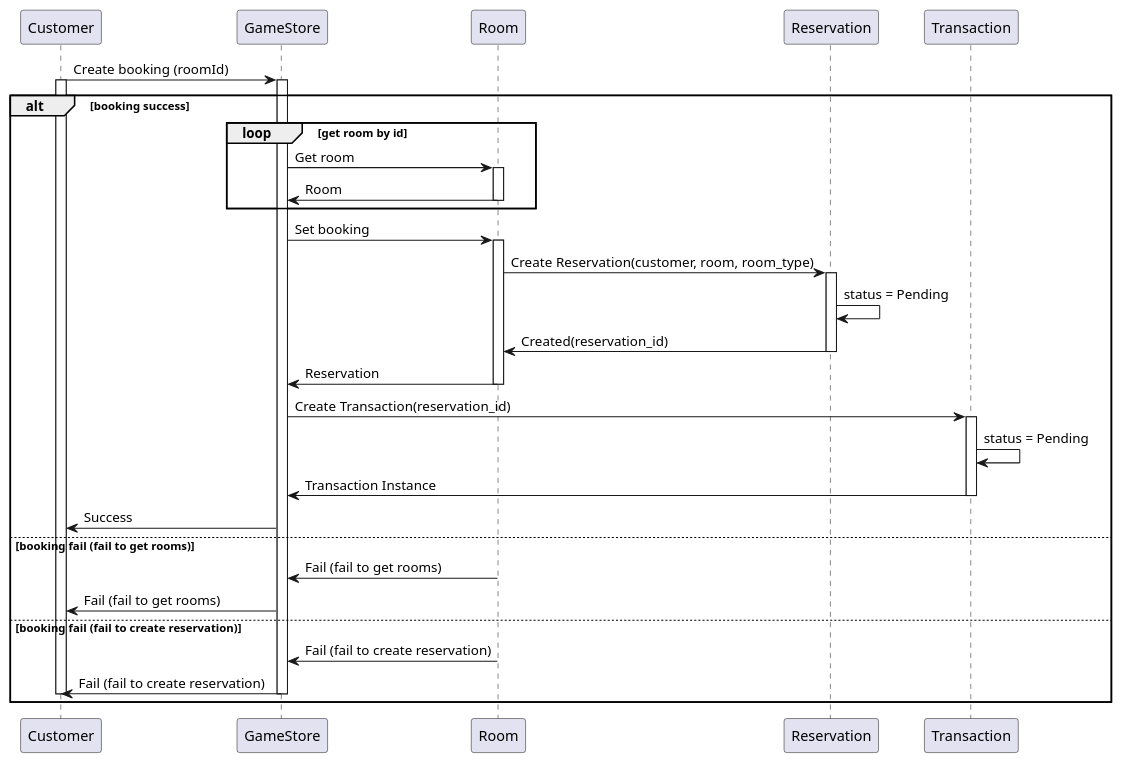
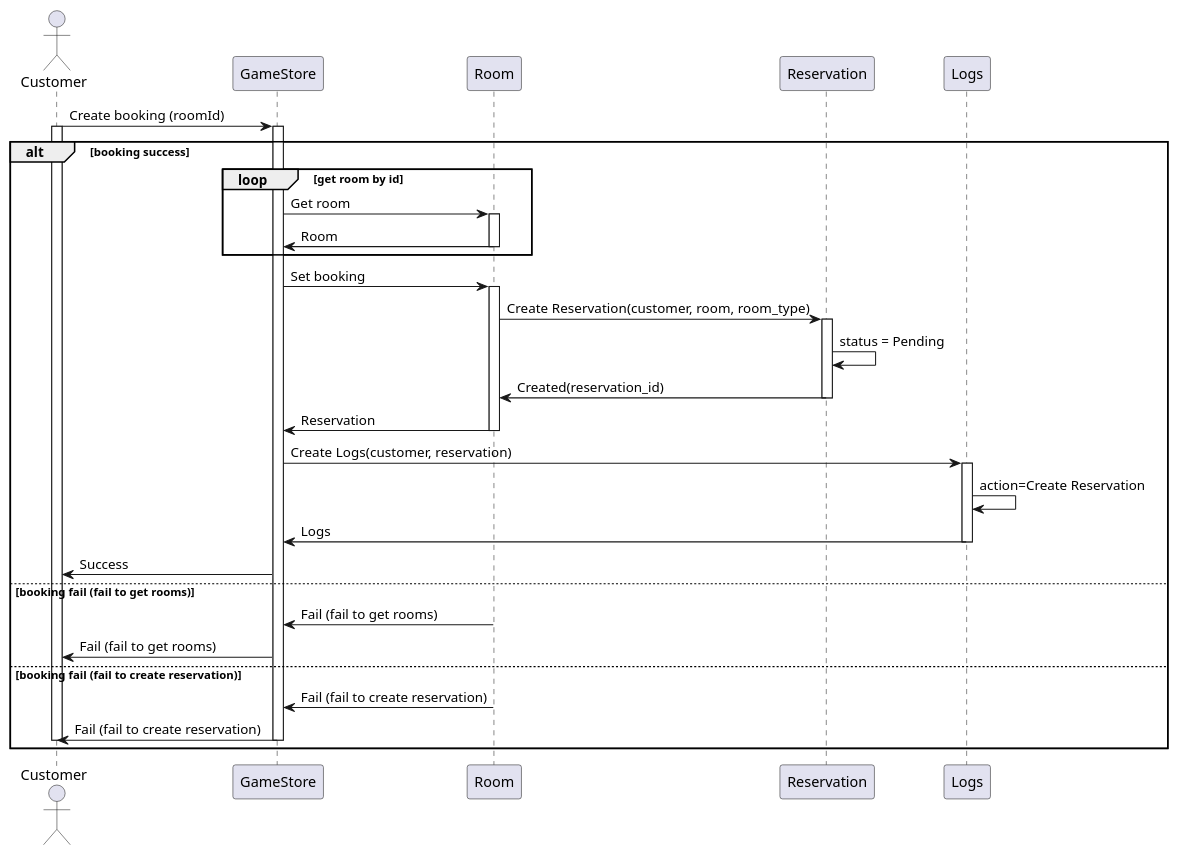
Before and after one commit to WaroonRagwongsiri/OOP: the diagram in Lab #8 sequence diagram/diagram/booking.puml, drawn with PlantUML. The commit also changed 4 other files, not shown here.

```diff
--- a/Lab #8 sequence diagram/diagram/booking.puml
+++ b/Lab #8 sequence diagram/diagram/booking.puml
@@ -1,54 +1,56 @@
 @startuml UsecaseSequenceDiagram
+
+actor Customer
 
 Customer -> GameStore : Create booking (roomId)
 activate Customer
 activate GameStore
 
 alt booking success
 
 	loop get room by id
 
 		GameStore -> Room : Get room
 		activate Room
 
 		Room -> GameStore : Room
 		deactivate Room
 
 	end
 
 	GameStore -> Room : Set booking
 	activate Room
 
 	Room -> Reservation : Create Reservation(customer, room, room_type)
 	activate Reservation
 	Reservation -> Reservation : status = Pending
 	Reservation -> Room : Created(reservation_id)
 	deactivate Reservation
 
 	Room -> GameStore : Reservation
 	deactivate Room
 
-	GameStore -> Transaction : Create Transaction(reservation_id)
-	activate Transaction
-	Transaction -> Transaction : status = Pending
-	Transaction -> GameStore : Transaction Instance
-	deactivate Transaction
+	GameStore -> Logs : Create Logs(customer, reservation)
+	activate Logs
+	Logs -> Logs : action=Create Reservation
+	Logs -> GameStore : Logs
+	deactivate Logs
 
 	GameStore -> Customer : Success
 
 else booking fail (fail to get rooms)
 
 	Room -> GameStore : Fail (fail to get rooms)
 	GameStore -> Customer : Fail (fail to get rooms)
 
 else booking fail (fail to create reservation)
 
 	Room -> GameStore : Fail (fail to create reservation)
 	GameStore -> Customer : Fail (fail to create reservation)
 
 	deactivate GameStore
 	deactivate Customer
 
 end
 
 @enduml
```
